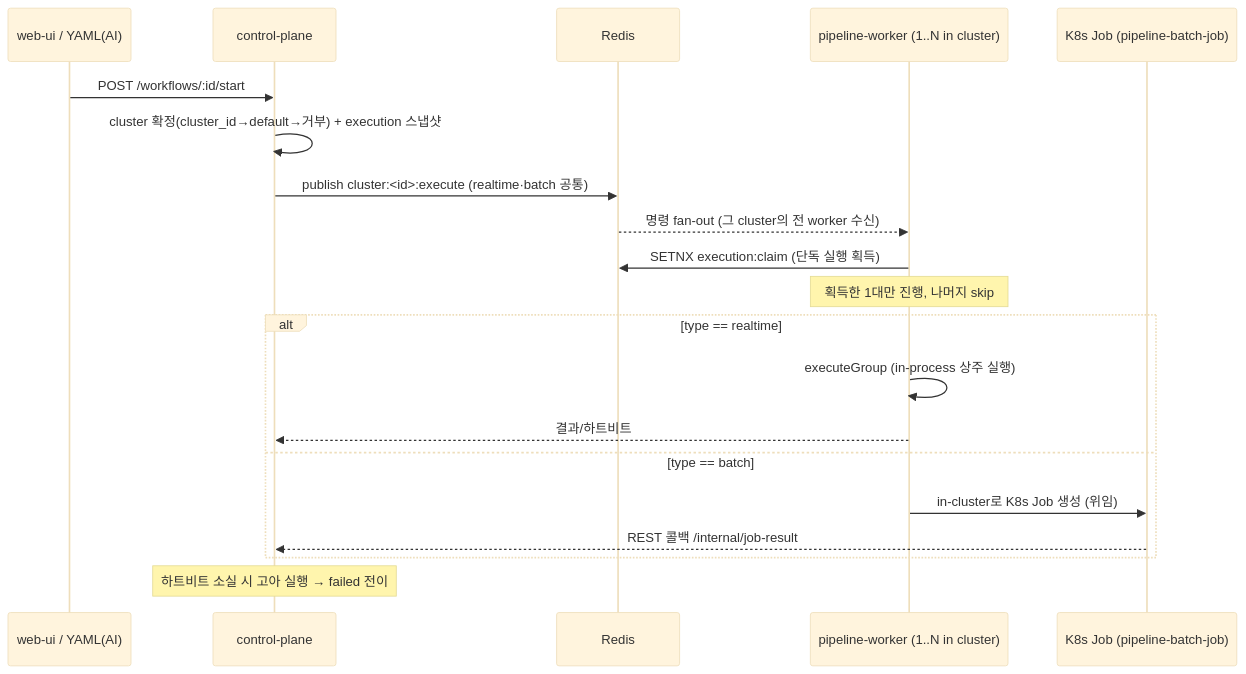
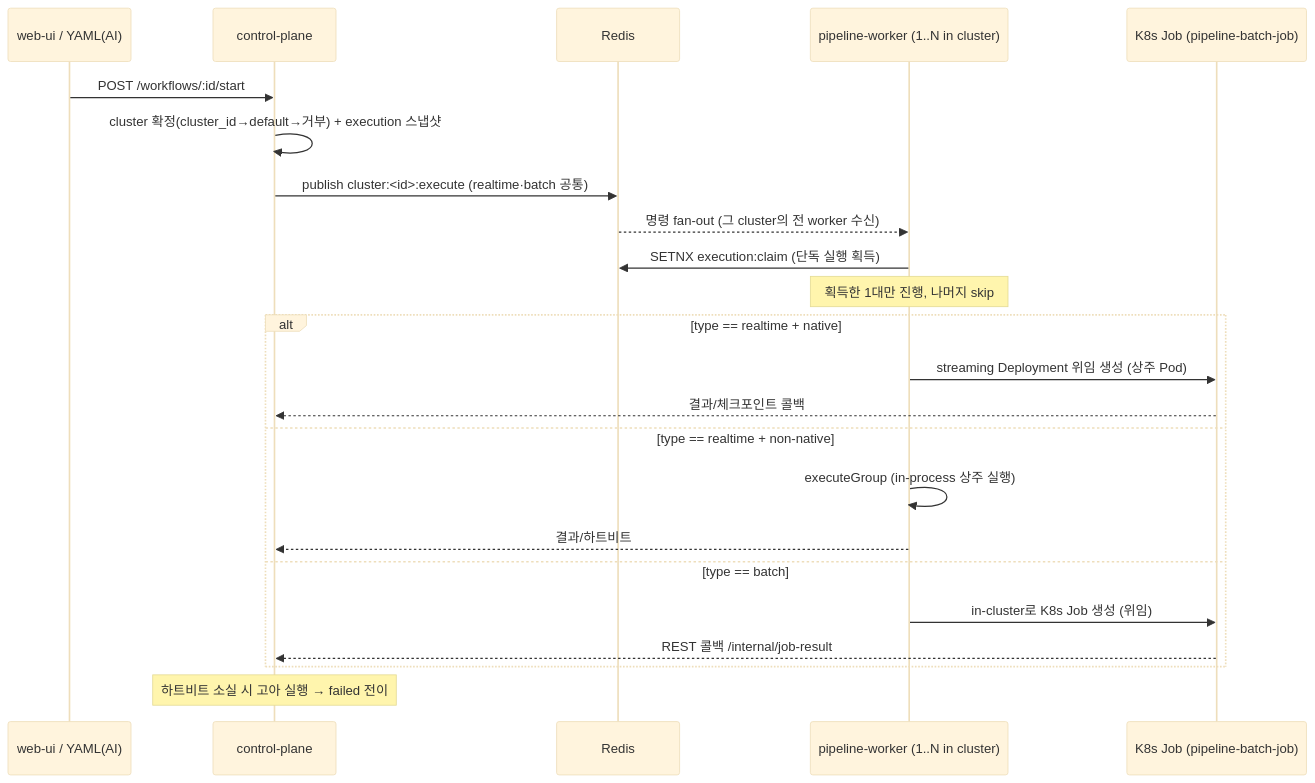
Before and after one commit to conduix/conduix: the third of 4 diagrams in docs/ARCHITECTURE.md, drawn with Mermaid (base theme). The commit also changed other lines of this file and 7 other files, not shown here.

````diff
--- a/docs/ARCHITECTURE.md
+++ b/docs/ARCHITECTURE.md
@@ -123,23 +132,26 @@
 ```mermaid
 sequenceDiagram
     participant U as web-ui / YAML(AI)
     participant CP as control-plane
     participant R as Redis
     participant W as pipeline-worker (1..N in cluster)
     participant J as K8s Job (pipeline-batch-job)
 
     U->>CP: POST /workflows/:id/start
     CP->>CP: cluster 확정(cluster_id→default→거부) + execution 스냅샷
     CP->>R: publish cluster:<id>:execute (realtime·batch 공통)
     R-->>W: 명령 fan-out (그 cluster의 전 worker 수신)
     W->>R: SETNX execution:claim (단독 실행 획득)
     Note over W: 획득한 1대만 진행, 나머지 skip
-    alt type == realtime
+    alt type == realtime + native
+        W->>J: streaming Deployment 위임 생성 (상주 Pod)
+        J-->>CP: 결과/체크포인트 콜백
+    else type == realtime + non-native
         W->>W: executeGroup (in-process 상주 실행)
         W-->>CP: 결과/하트비트
     else type == batch
         W->>J: in-cluster로 K8s Job 생성 (위임)
         J-->>CP: REST 콜백 /internal/job-result
     end
     Note over CP: 하트비트 소실 시 고아 실행 → failed 전이
 ```
````
